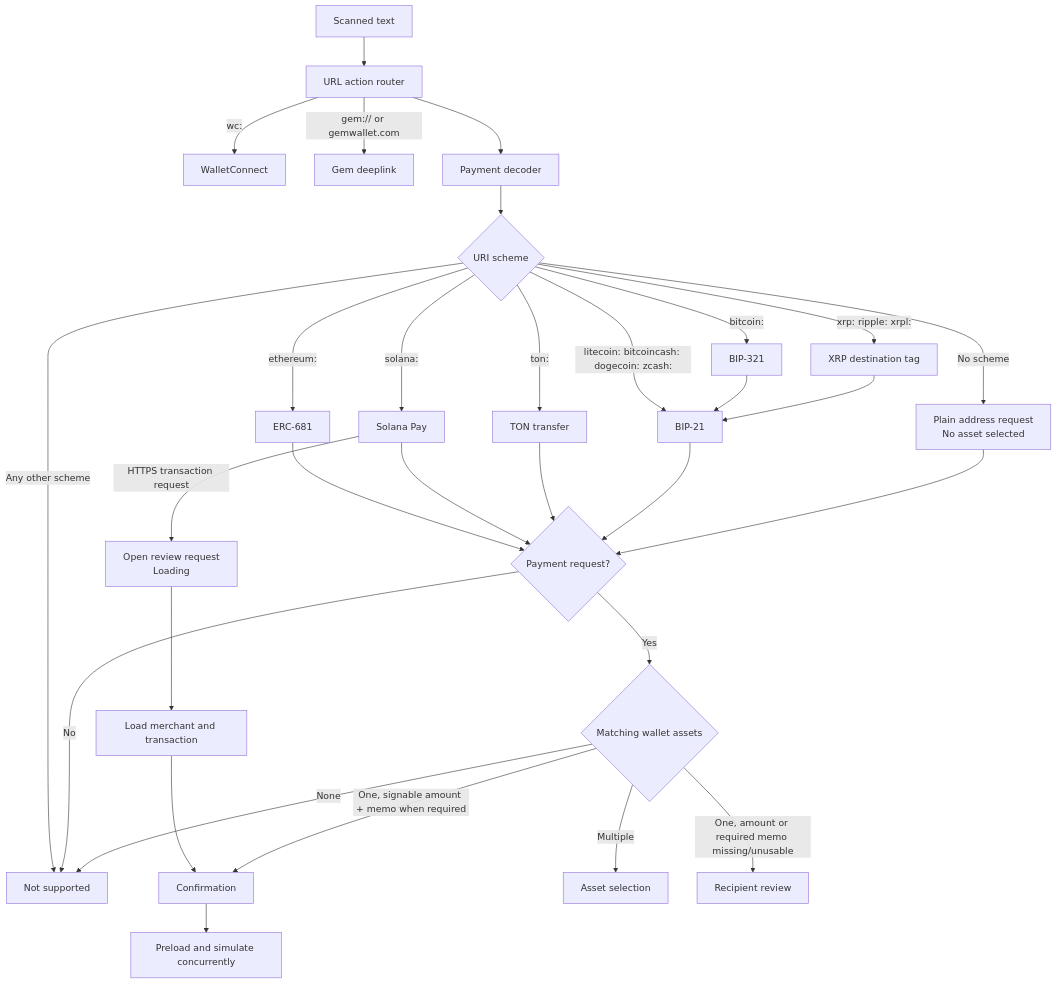
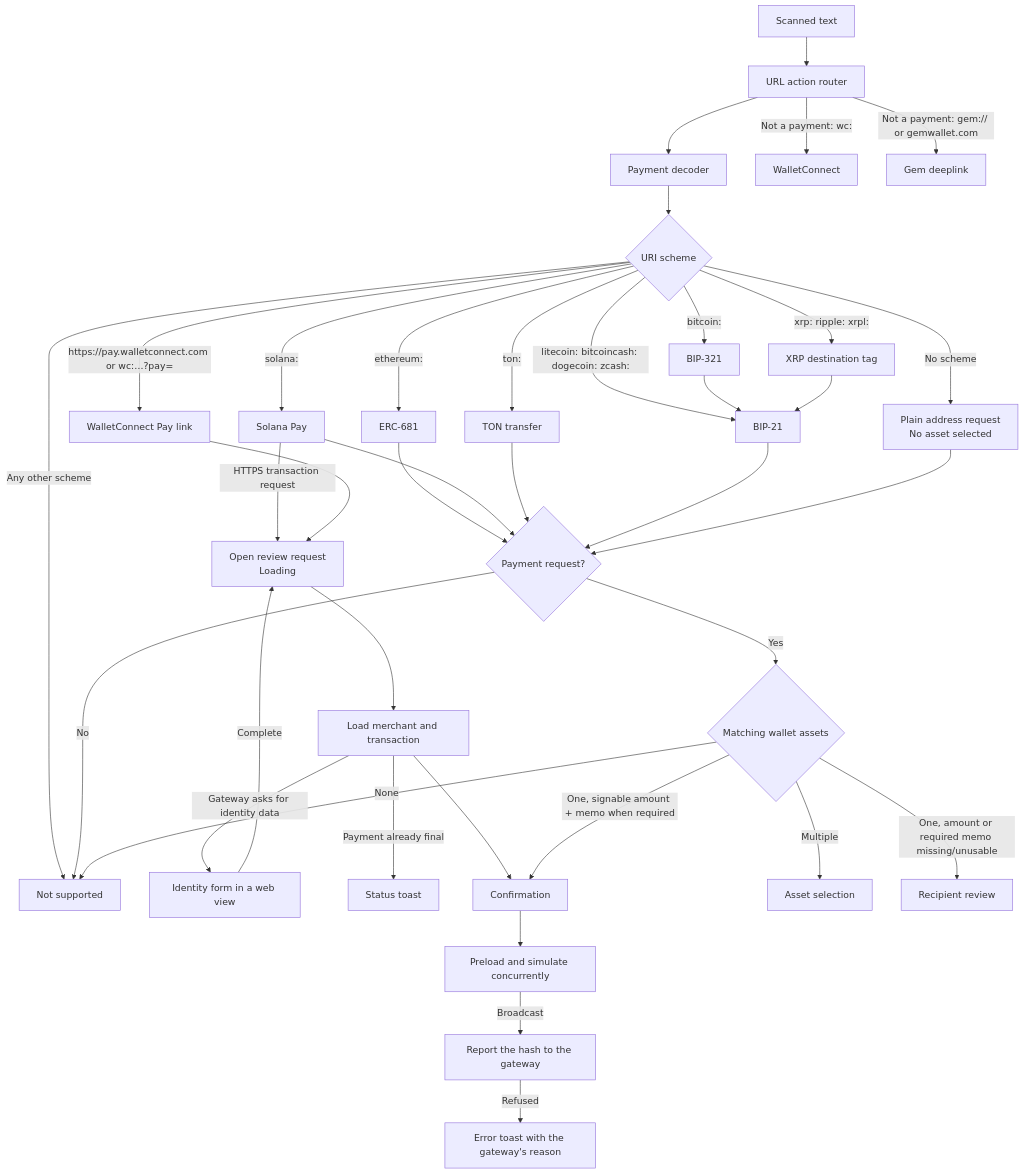
The diagram in docs/PAYMENTS.md (Kushmanmb/wallet), drawn with Mermaid before and after one commit. The commit also changed other lines of this file and 266 other files, not shown here.

First line of the commit message:
Integrate WalletConnect Pay on iOS and Android (#1219)

````diff
--- a/docs/PAYMENTS.md
+++ b/docs/PAYMENTS.md
@@ -21,29 +22,36 @@
 ```mermaid
 flowchart TD
     Scan["Scanned text"] --> Action["URL action router"]
-    Action -->|"wc:"| WalletConnect["WalletConnect"]
-    Action -->|"gem:// or gemwallet.com"| Deeplink["Gem deeplink"]
     Action --> Decoder["Payment decoder"]
+    Action -->|"Not a payment: wc:"| WalletConnect["WalletConnect"]
+    Action -->|"Not a payment: gem:// or gemwallet.com"| Deeplink["Gem deeplink"]
     Decoder --> Scheme{"URI scheme"}
+    Scheme -->|"https://pay.walletconnect.com or wc:…?pay="| WCPay["WalletConnect Pay link"]
     Scheme -->|"ethereum:"| ERC681["ERC-681"]
     Scheme -->|"solana:"| Solana["Solana Pay"]
     Scheme -->|"ton:"| TON["TON transfer"]
     Scheme -->|"bitcoin:"| BIP321["BIP-321"]
     Scheme -->|"xrp: ripple: xrpl:"| XRP["XRP destination tag"]
     Scheme -->|"litecoin: bitcoincash: dogecoin: zcash:"| BIP21["BIP-21"]
     Scheme -->|"Any other scheme"| Reject["Not supported"]
     Scheme -->|"No scheme"| Address["Plain address request<br/>No asset selected"]
     BIP321 --> BIP21
     XRP --> BIP21
     Solana -->|"HTTPS transaction request"| PaymentReview["Open review request<br/>Loading"]
+    WCPay --> PaymentReview
     PaymentReview --> Gateway["Load merchant and transaction"]
+    Gateway -->|"Gateway asks for identity data"| Verify["Identity form in a web view"]
+    Verify -->|"Complete"| PaymentReview
+    Gateway -->|"Payment already final"| StatusToast["Status toast"]
     Gateway --> Confirm["Open confirmation"]
     Confirm --> Simulation["Preload and simulate concurrently"]
+    Simulation -->|"Broadcast"| Report["Report the hash to the gateway"]
+    Report -->|"Refused"| ErrorToast["Error toast with the gateway's reason"]
     ERC681 & Solana & TON & BIP21 & Address --> Request{"Payment request?"}
     Request -->|"No"| Reject["Not supported"]
     Request -->|"Yes"| Assets{"Matching wallet assets"}
     Assets -->|"None"| Reject
     Assets -->|"Multiple"| Select["Asset selection"]
     Assets -->|"One, signable amount + memo when required"| Confirm["Confirmation"]
     Assets -->|"One, amount or required memo missing/unusable"| Recipient["Recipient review"]
 ```
````
